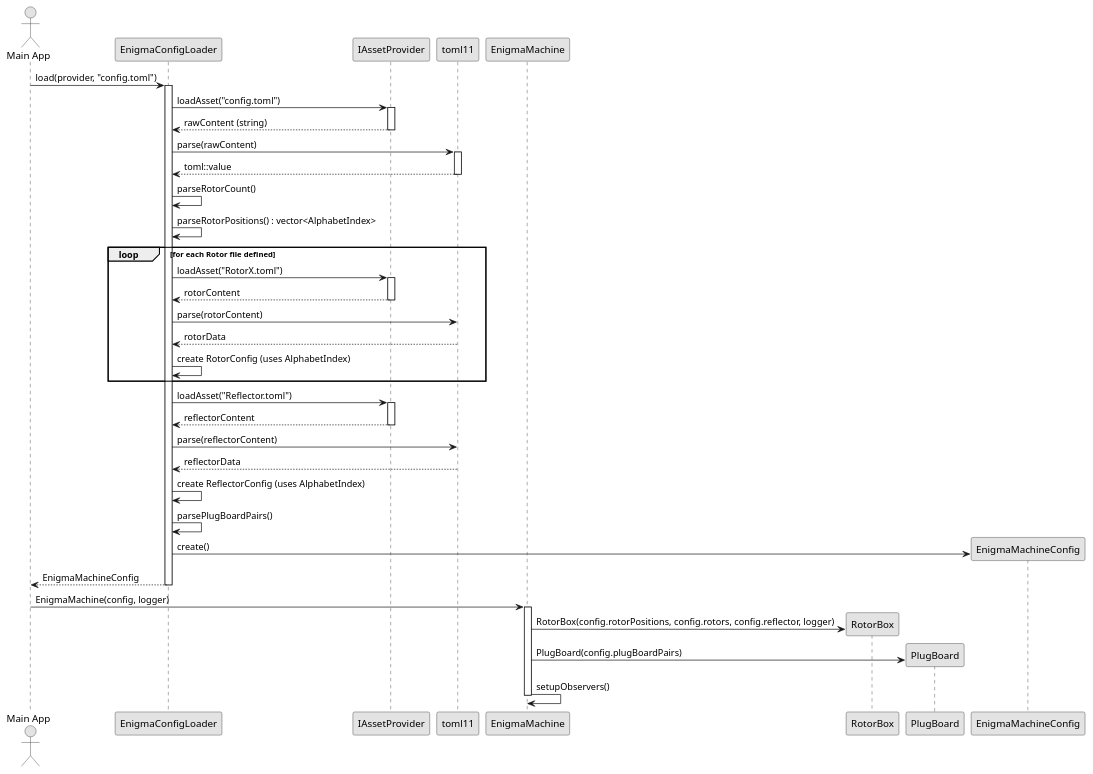
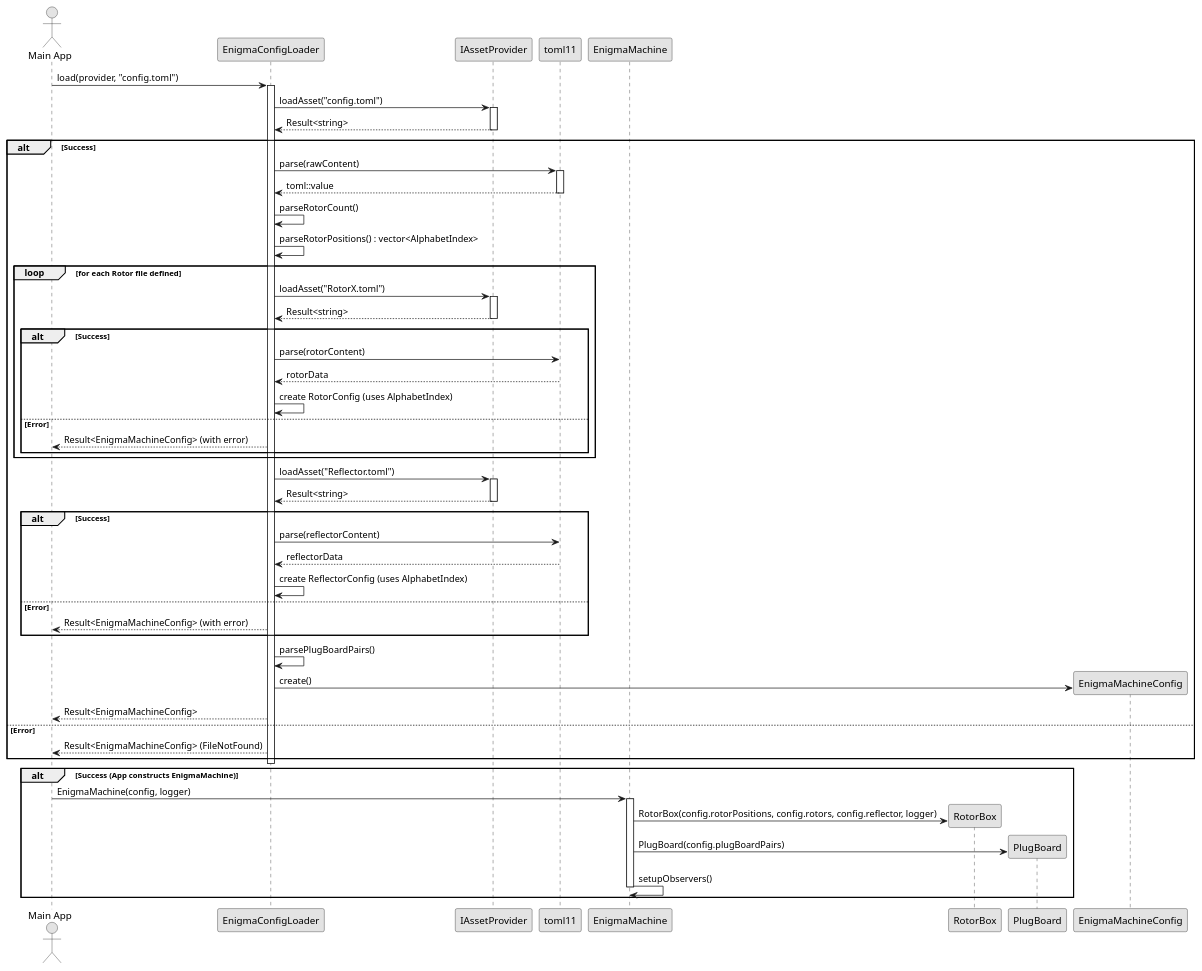
Before and after one commit to alvarocleite/EnigmaMachineCore: the diagram in docs/diagrams/config_loading_sequence.puml, drawn with PlantUML. The commit also changed 23 other files, not shown here.

```diff
--- a/docs/diagrams/config_loading_sequence.puml
+++ b/docs/diagrams/config_loading_sequence.puml
@@ -1,71 +1,85 @@
 @startuml Enigma_Config_Loading_Sequence
 
 skinparam monochrome true
 skinparam responseMessageBelowArrow true
 
 actor "Main App" as App
 participant "EnigmaConfigLoader" as Loader
 participant "IAssetProvider" as Assets
 participant "toml11" as TOML
 participant "EnigmaMachine" as EM
 participant "RotorBox" as RB
 participant "PlugBoard" as PB
 
 App -> Loader: load(provider, "config.toml")
 activate Loader
 
     Loader -> Assets: loadAsset("config.toml")
     activate Assets
-    Assets --> Loader: rawContent (string)
+    Assets --> Loader: Result<string>
     deactivate Assets
 
-    Loader -> TOML: parse(rawContent)
-    activate TOML
-    TOML --> Loader: toml::value
-    deactivate TOML
+    alt Success
+        Loader -> TOML: parse(rawContent)
+        activate TOML
+        TOML --> Loader: toml::value
+        deactivate TOML
 
-    Loader -> Loader: parseRotorCount()
-    Loader -> Loader: parseRotorPositions() : vector<AlphabetIndex>
+        Loader -> Loader: parseRotorCount()
+        Loader -> Loader: parseRotorPositions() : vector<AlphabetIndex>
 
-    loop for each Rotor file defined
-        Loader -> Assets: loadAsset("RotorX.toml")
+        loop for each Rotor file defined
+            Loader -> Assets: loadAsset("RotorX.toml")
+            activate Assets
+            Assets --> Loader: Result<string>
+            deactivate Assets
+
+            alt Success
+                Loader -> TOML: parse(rotorContent)
+                TOML --> Loader: rotorData
+                Loader -> Loader: create RotorConfig (uses AlphabetIndex)
+            else Error
+                Loader --> App: Result<EnigmaMachineConfig> (with error)
+            end
+        end
+
+        Loader -> Assets: loadAsset("Reflector.toml")
         activate Assets
-        Assets --> Loader: rotorContent
+        Assets --> Loader: Result<string>
         deactivate Assets
 
-        Loader -> TOML: parse(rotorContent)
-        TOML --> Loader: rotorData
-        Loader -> Loader: create RotorConfig (uses AlphabetIndex)
+        alt Success
+            Loader -> TOML: parse(reflectorContent)
+            TOML --> Loader: reflectorData
+            Loader -> Loader: create ReflectorConfig (uses AlphabetIndex)
+        else Error
+            Loader --> App: Result<EnigmaMachineConfig> (with error)
+        end
+
+        Loader -> Loader: parsePlugBoardPairs()
+
+        create "EnigmaMachineConfig" as Config
+        Loader -> Config: create()
+
+        Loader --> App: Result<EnigmaMachineConfig>
+    else Error
+        Loader --> App: Result<EnigmaMachineConfig> (FileNotFound)
     end
-
-    Loader -> Assets: loadAsset("Reflector.toml")
-    activate Assets
-    Assets --> Loader: reflectorContent
-    deactivate Assets
-
-    Loader -> TOML: parse(reflectorContent)
-    TOML --> Loader: reflectorData
-    Loader -> Loader: create ReflectorConfig (uses AlphabetIndex)
-
-    Loader -> Loader: parsePlugBoardPairs()
-
-    create "EnigmaMachineConfig" as Config
-    Loader -> Config: create()
-
-Loader --> App: EnigmaMachineConfig
 deactivate Loader
 
+alt Success (App constructs EnigmaMachine)
 App -> EM: EnigmaMachine(config, logger)
 activate EM
 
     create RB
     EM -> RB: RotorBox(config.rotorPositions, config.rotors, config.reflector, logger)
 
     create PB
     EM -> PB: PlugBoard(config.plugBoardPairs)
 
     EM -> EM: setupObservers()
 
 deactivate EM
+end
 
 @enduml
```
